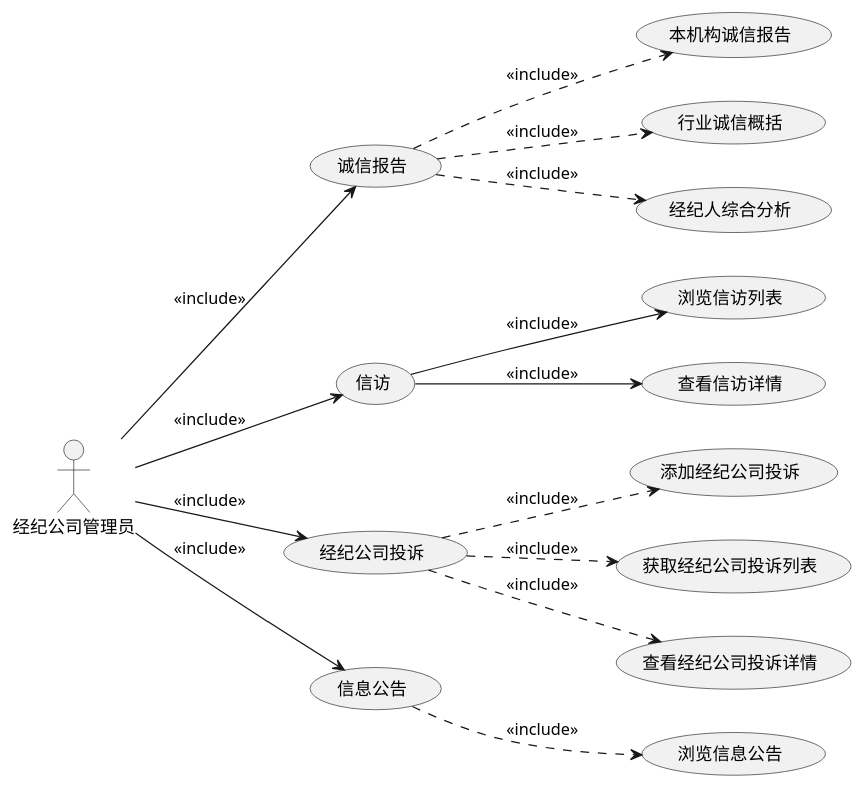
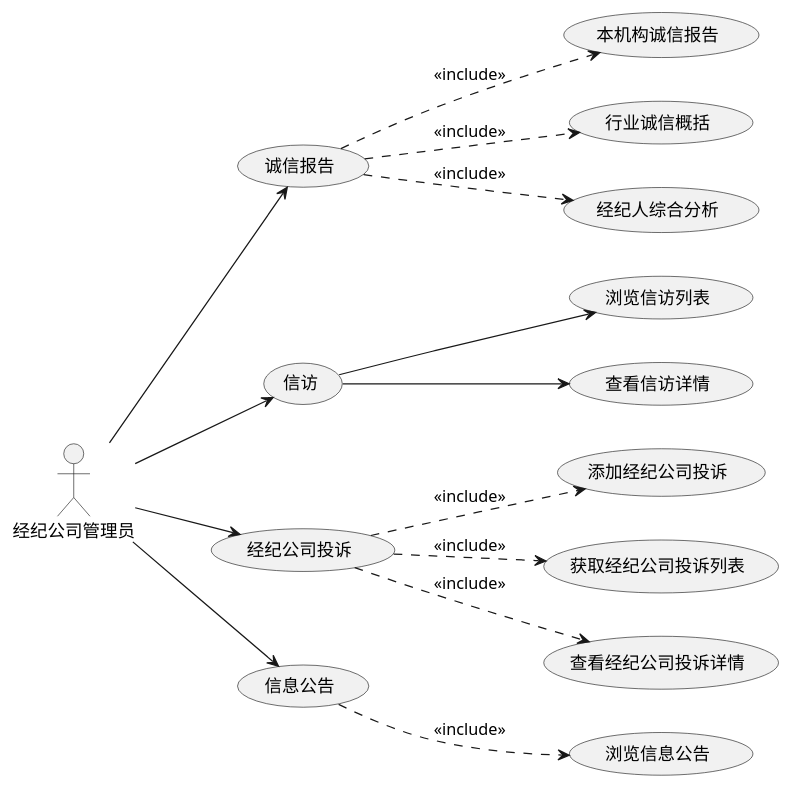
One commit to evildoerX/hyperledger-credit changed the second of 14 diagrams in docs/credit/README.md. Above: the diagram before and after it, drawn with PlantUML.

```diff
--- a/docs/credit/README.md
+++ b/docs/credit/README.md
@@ -115,16 +115,16 @@
 @startuml
 left to right direction
-经纪公司管理员 --> (诚信报告): <<include>>
+经纪公司管理员 --> (诚信报告)
 (诚信报告) ..> (本机构诚信报告): <<include>>
 (诚信报告) ..> (行业诚信概括): <<include>>
 (诚信报告) ..> (经纪人综合分析): <<include>>
-经纪公司管理员 --> (信访): <<include>>
-信访 --> (浏览信访列表): <<include>>
-信访 --> (查看信访详情): <<include>>
-经纪公司管理员 --> (经纪公司投诉): <<include>>
+经纪公司管理员 --> (信访)
+信访 --> (浏览信访列表)
+信访 --> (查看信访详情)
+经纪公司管理员 --> (经纪公司投诉)
 (经纪公司投诉) ..> (添加经纪公司投诉): <<include>>
 (经纪公司投诉) ..> (获取经纪公司投诉列表): <<include>>
 (经纪公司投诉) ..> (查看经纪公司投诉详情): <<include>>
-经纪公司管理员 --> (信息公告): <<include>>
+经纪公司管理员 --> (信息公告)
 (信息公告) ..> (浏览信息公告): <<include>>
 @enduml
```
